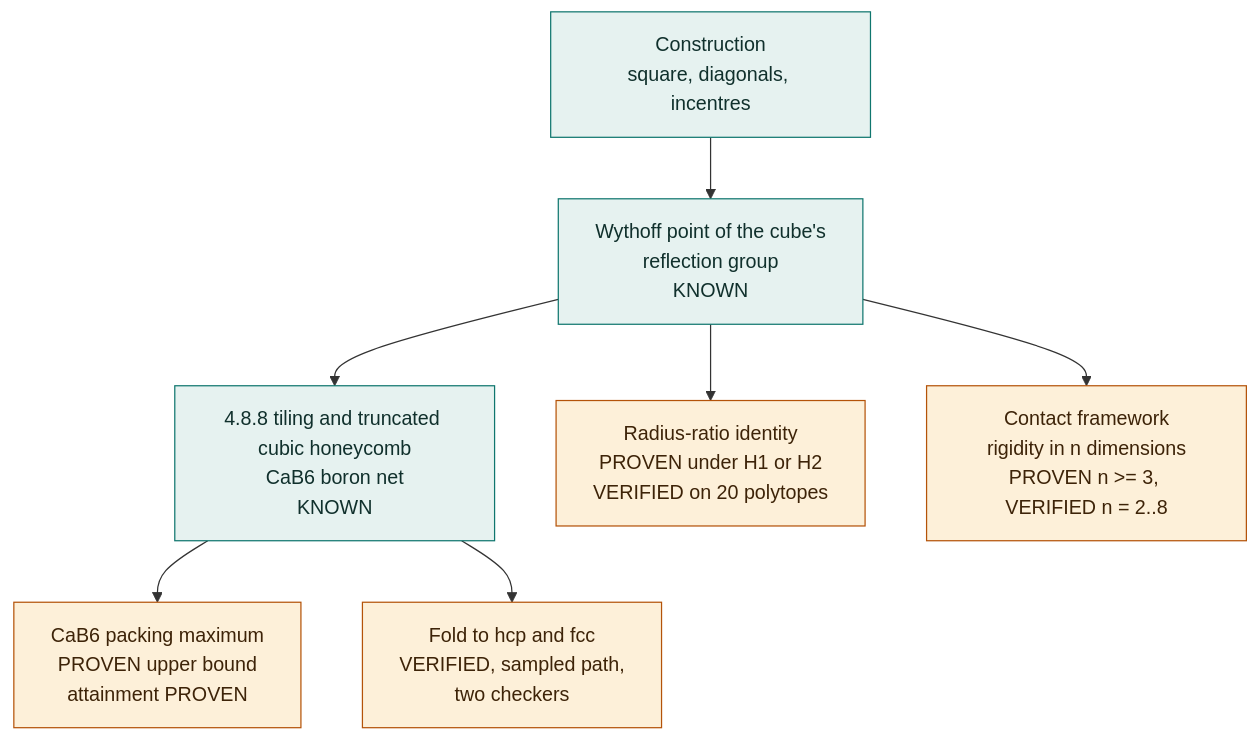
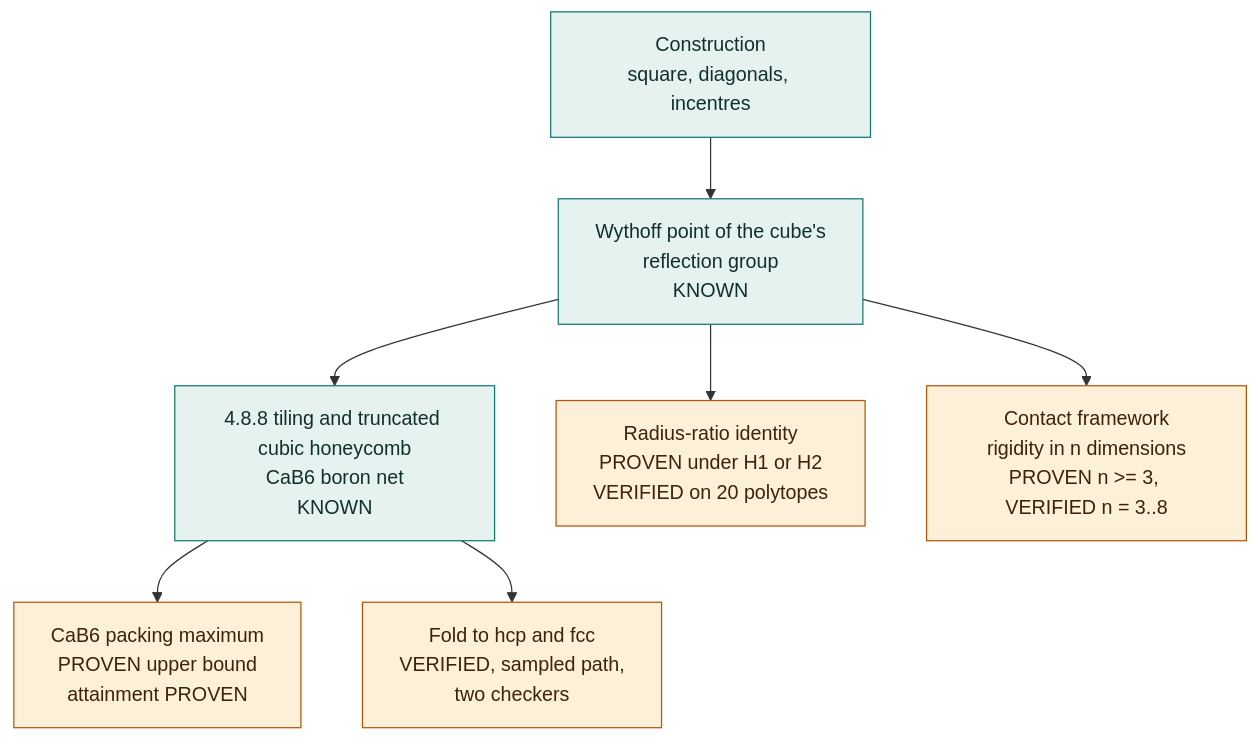
The diagram in README.md (Foundation-0/incentre-lattices), drawn with Mermaid before and after one commit. The commit also changed other lines of this file and 14 other files, not shown here.

````diff
--- a/README.md
+++ b/README.md
@@ -24,13 +24,13 @@
 ```mermaid
 flowchart TD
     A["Construction<br/>square, diagonals, incentres"] --> B["Wythoff point of the cube's<br/>reflection group<br/>KNOWN"]
     B --> C["4.8.8 tiling and truncated cubic honeycomb<br/>CaB6 boron net<br/>KNOWN"]
     B --> D["Radius-ratio identity<br/>PROVEN under H1 or H2<br/>VERIFIED on 20 polytopes"]
-    B --> E["Contact framework<br/>rigidity in n dimensions<br/>PROVEN n >= 3, VERIFIED n = 2..8"]
+    B --> E["Contact framework<br/>rigidity in n dimensions<br/>PROVEN n >= 3, VERIFIED n = 3..8"]
     C --> G["CaB6 packing maximum<br/>PROVEN upper bound<br/>attainment PROVEN"]
     C --> F["Fold to hcp and fcc<br/>VERIFIED, sampled path,<br/>two checkers"]
     classDef known fill:#e6f2f0,stroke:#0f766e,color:#10302c
     classDef ours fill:#fdf0d9,stroke:#b45309,color:#3d2308
     class A,B,C known
     class D,E,F,G ours
 ```
````
